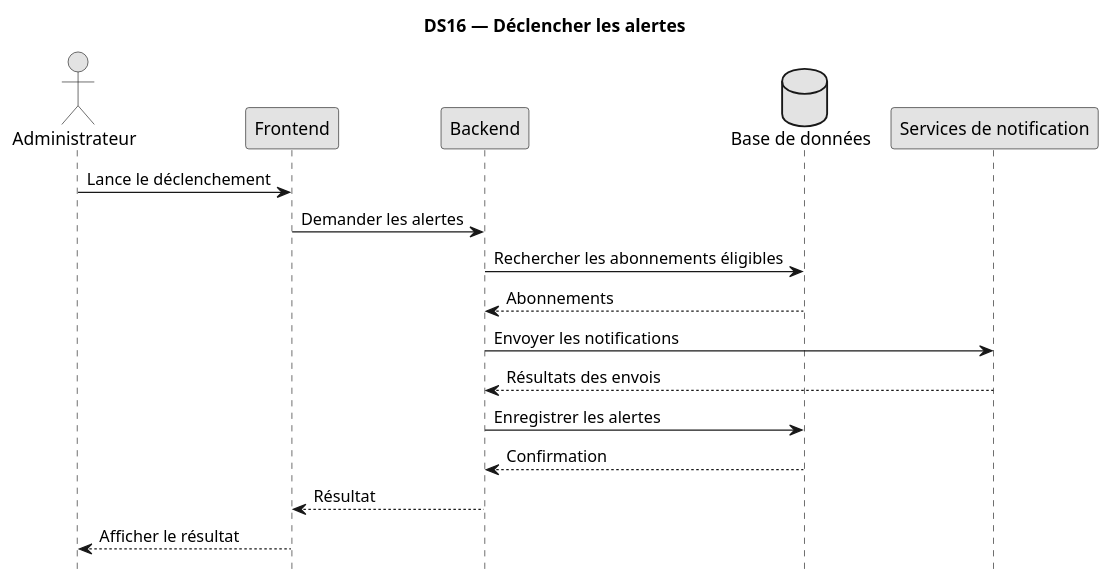
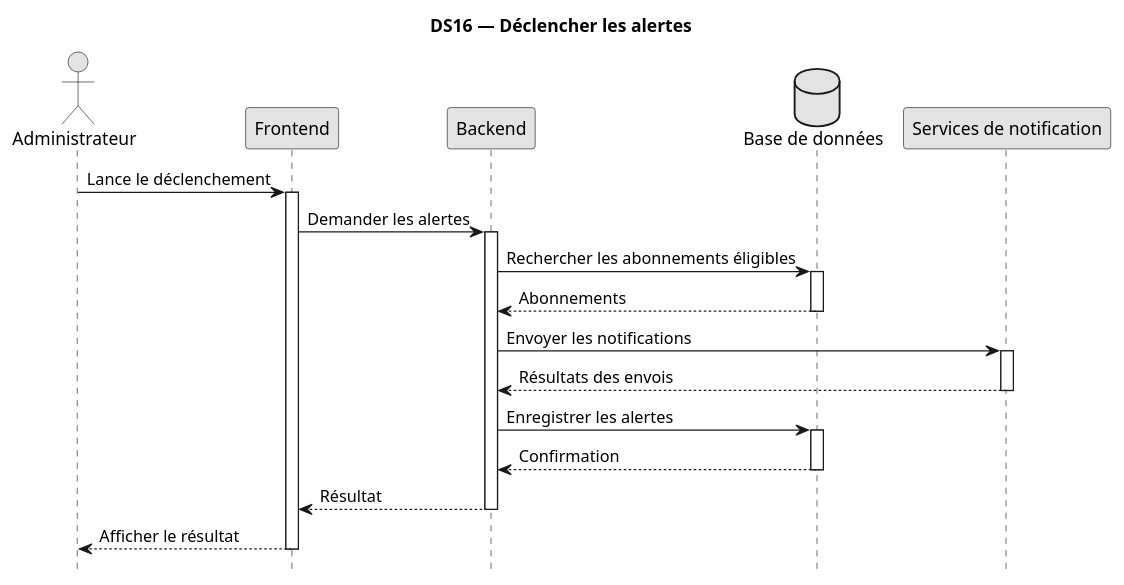
Before and after one commit to TkAbeleon/NoteAcemiqueProjetSoutenanceL3: the diagram in UML_JeryMotro/DS16_Declencher_alertes.plantuml, drawn with PlantUML. The commit also changed 17 other files, not shown here.

Commit message:
style(DS): standardiser les activations UML

```diff
--- a/UML_JeryMotro/DS16_Declencher_alertes.plantuml
+++ b/UML_JeryMotro/DS16_Declencher_alertes.plantuml
@@ -1,25 +1,35 @@
 @startuml
 skinparam monochrome true
 
 title DS16 — Déclencher les alertes
 hide footbox
 skinparam shadowing false
 
 actor "Administrateur" as A
 participant "Frontend" as F
 participant "Backend" as B
 database "Base de données" as DB
 participant "Services de notification" as N
 
 A -> F : Lance le déclenchement
+activate F
 F -> B : Demander les alertes
+activate B
 B -> DB : Rechercher les abonnements éligibles
+activate DB
 DB --> B : Abonnements
+deactivate DB
 B -> N : Envoyer les notifications
+activate N
 N --> B : Résultats des envois
+deactivate N
 B -> DB : Enregistrer les alertes
+activate DB
 DB --> B : Confirmation
+deactivate DB
 B --> F : Résultat
+deactivate B
 F --> A : Afficher le résultat
+deactivate F
 
 @enduml
```
